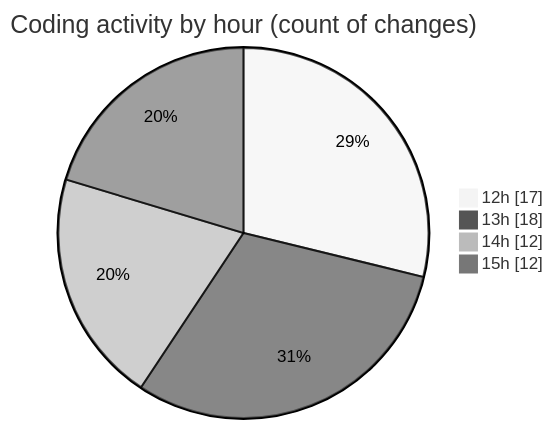
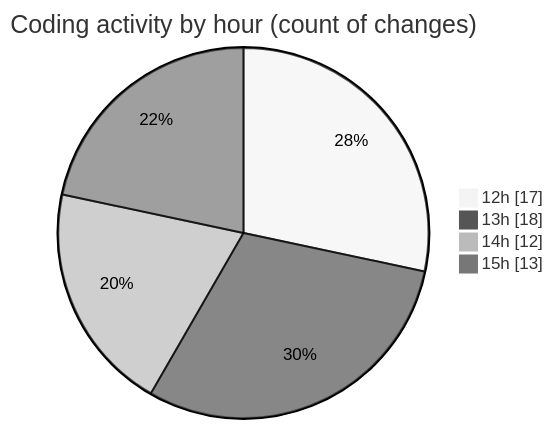
One commit to CELIANVF/code-tracking changed the second of 2 diagrams in 2025-06-01/video_app/README.md. Above: the diagram before and after it, drawn with Mermaid (neutral theme). The commit also changed other lines of this file and 1 other file, not shown here.

````diff
--- a/2025-06-01/video_app/README.md
+++ b/2025-06-01/video_app/README.md
@@ -38,8 +38,8 @@
 ```mermaid
 pie showData
 title Coding activity by hour (count of changes)
 "12h" : 17
 "13h" : 18
 "14h" : 12
-"15h" : 12
+"15h" : 13
 ```
````
